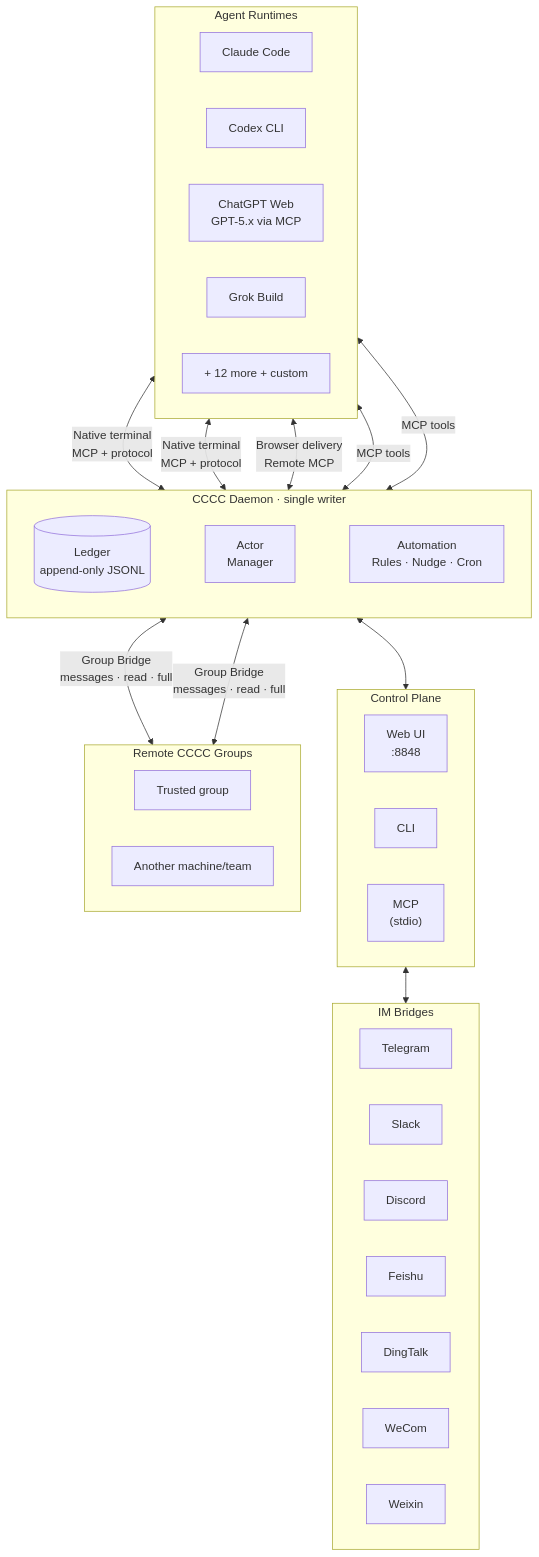
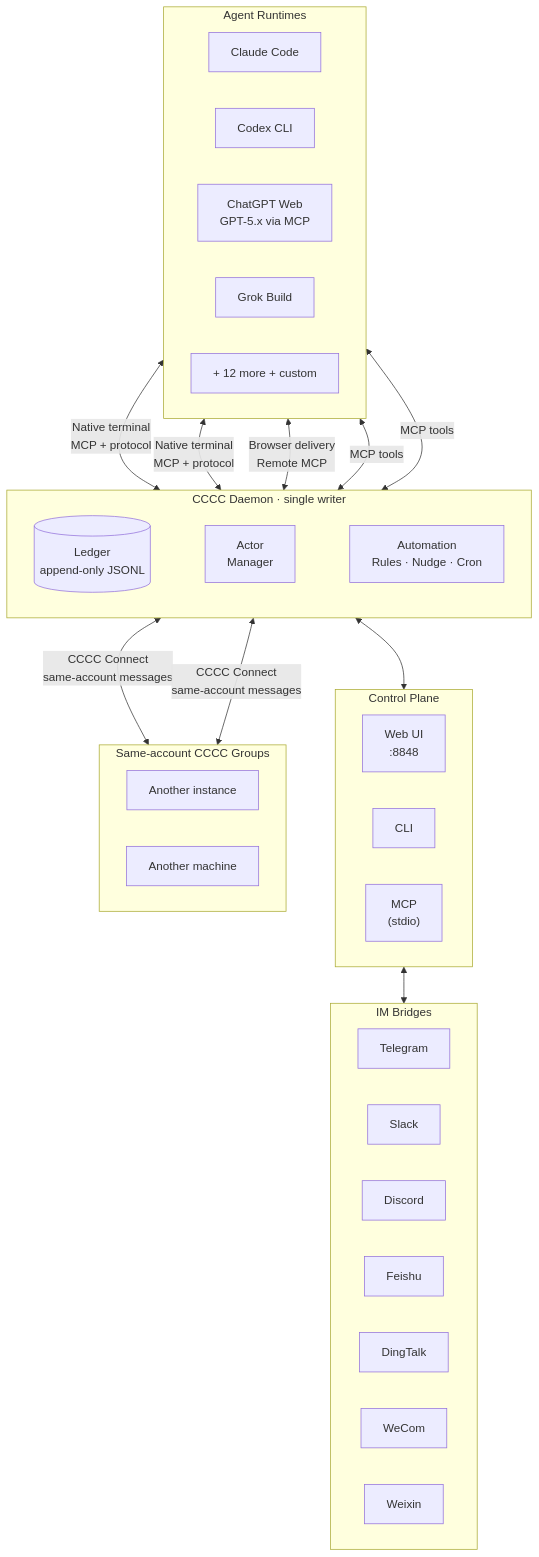
The diagram in README.md (ChesterRa/cccc), drawn with Mermaid before and after one commit. The commit also changed other lines of this file and 297 other files, not shown here.

First line of the commit message:
feat: introduce CCCC Connect across instances

````diff
--- a/README.md
+++ b/README.md
@@ -170,54 +170,54 @@
 ```mermaid
 graph TB
     subgraph Agents["Agent Runtimes"]
         direction LR
         A1["Claude Code"]
         A2["Codex CLI"]
         A3["ChatGPT Web<br/>GPT-5.x via MCP"]
         A4["Grok Build"]
         A5["+ 12 more + custom"]
     end
 
     subgraph Daemon["CCCC Daemon · single writer"]
         direction LR
         Ledger[("Ledger<br/>append-only JSONL")]
         ActorMgr["Actor<br/>Manager"]
         Auto["Automation<br/>Rules · Nudge · Cron"]
         Ledger ~~~ ActorMgr ~~~ Auto
     end
 
     subgraph Ports["Control Plane"]
         direction LR
         Web["Web UI<br/>:8848"]
         CLI["CLI"]
         MCP["MCP<br/>(stdio)"]
     end
 
     subgraph IM["IM Bridges"]
         direction LR
         TG["Telegram"]
         SL["Slack"]
         DC["Discord"]
         FS["Feishu"]
         DT["DingTalk"]
         WC["WeCom"]
         WX["Weixin"]
     end
 
-    subgraph Remote["Remote CCCC Groups"]
+    subgraph Remote["Same-account CCCC Groups"]
         direction LR
-        RG1["Trusted group"]
-        RG2["Another machine/team"]
+        RG1["Another instance"]
+        RG2["Another machine"]
     end
 
     A1 <-->|Native terminal<br/>MCP + protocol| Daemon
     A2 <-->|Native terminal<br/>MCP + protocol| Daemon
     A3 <-->|Browser delivery<br/>Remote MCP| Daemon
     A4 <-->|MCP tools| Daemon
     A5 <-->|MCP tools| Daemon
     Daemon <--> Ports
     Web <--> IM
-    Daemon <-->|Group Bridge<br/>messages · read · full| RG1
-    Daemon <-->|Group Bridge<br/>messages · read · full| RG2
+    Daemon <-->|CCCC Connect<br/>same-account messages| RG1
+    Daemon <-->|CCCC Connect<br/>same-account messages| RG2
 
 ```
````
